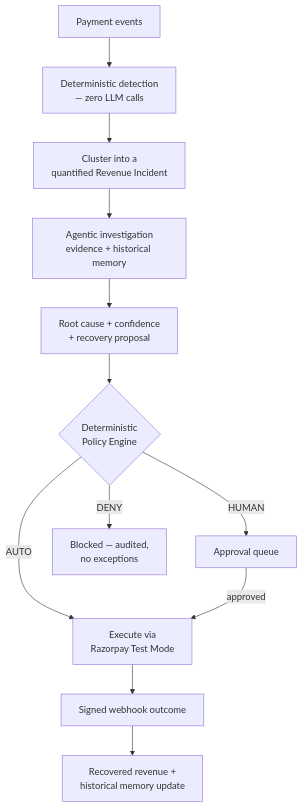
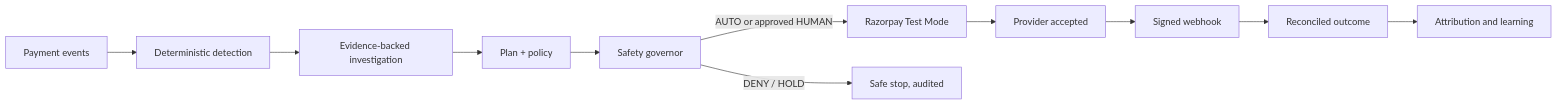
One commit to sufibuildwith-py/Sentinel changed the diagram in README.md. Above: the diagram before and after it, drawn with Mermaid. The commit also changed other lines of this file, not shown here.

````diff
--- a/README.md
+++ b/README.md
@@ -71,14 +25,13 @@
 ```mermaid
-flowchart TD
-    A[Payment events] --> B[Deterministic detection<br/>— zero LLM calls]
-    B --> C[Cluster into a<br/>quantified Revenue Incident]
-    C --> D[Agentic investigation<br/>evidence + historical memory]
-    D --> E[Root cause + confidence<br/>+ recovery proposal]
-    E --> F{Deterministic<br/>Policy Engine}
-    F -->|AUTO| G[Execute via<br/>Razorpay Test Mode]
-    F -->|HUMAN| H[Approval queue]
-    F -->|DENY| I[Blocked — audited,<br/>no exceptions]
-    H -->|approved| G
-    G --> J[Signed webhook outcome]
-    J --> K[Recovered revenue +<br/>historical memory update]
+flowchart LR
+  E[Payment events] --> D[Deterministic detection]
+  D --> I[Evidence-backed investigation]
+  I --> P[Plan + policy]
+  P --> G[Safety governor]
+  G -->|AUTO or approved HUMAN| X[Razorpay Test Mode]
+  G -->|DENY / HOLD| S[Safe stop, audited]
+  X --> A[Provider accepted]
+  A --> W[Signed webhook]
+  W --> R[Reconciled outcome]
+  R --> L[Attribution and learning]
 ```
````
